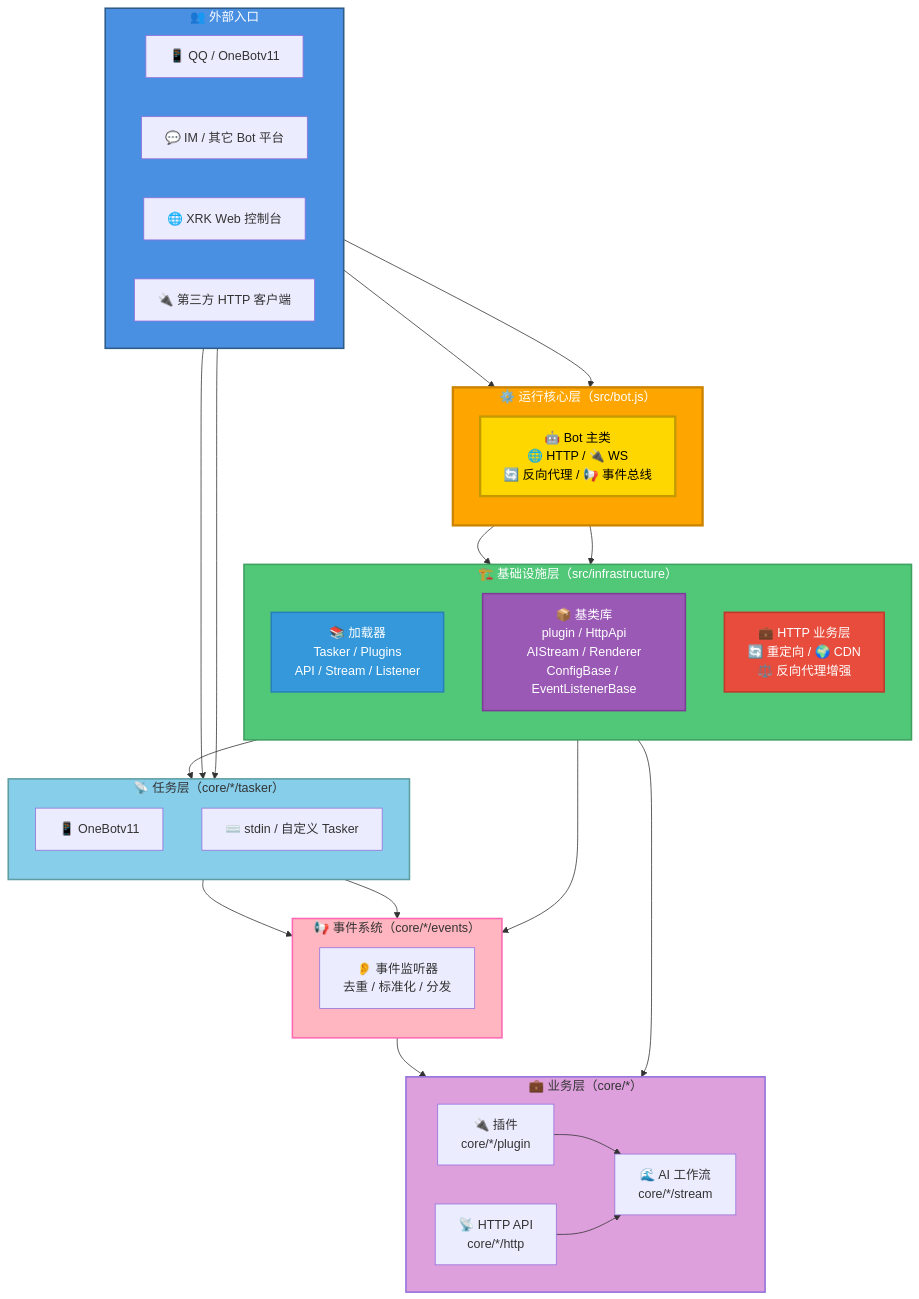
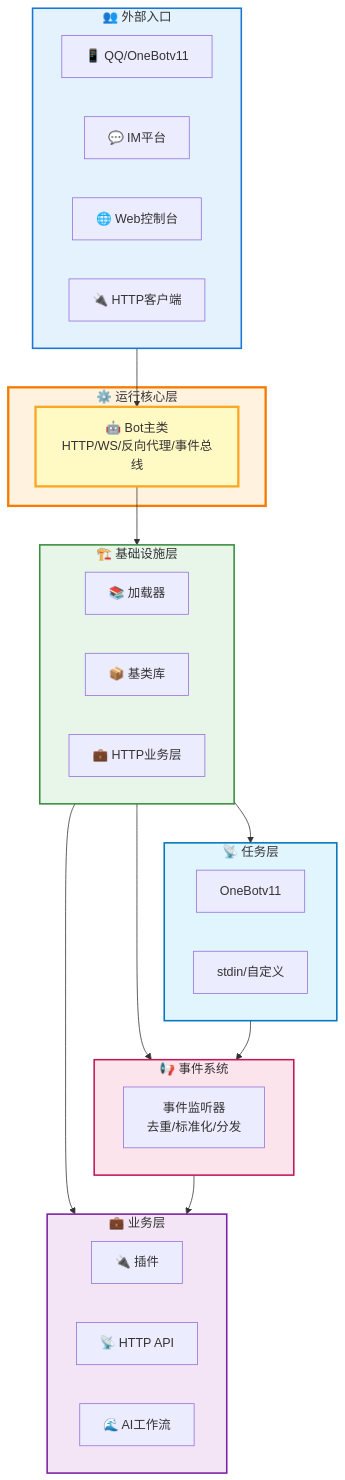
Before and after one commit to sunflowermm/XRK-AGT: the diagram in README.md, drawn with Mermaid. The commit also changed other lines of this file and 19 other files, not shown here.

````diff
--- a/README.md
+++ b/README.md
@@ -29,75 +27,50 @@
 ```mermaid
 flowchart TB
-  %% 顶层：外部入口
-  subgraph Clients["👥 外部入口"]
-    direction LR
-    QQ["📱 QQ / OneBotv11"]
-    IM["💬 IM / 其它 Bot 平台"]
-    WebUI["🌐 XRK Web 控制台"]
-    ThirdAPI["🔌 第三方 HTTP 客户端"]
-  end
+    subgraph Clients["👥 外部入口"]
+        QQ["📱 QQ/OneBotv11"]
+        IM["💬 IM平台"]
+        WebUI["🌐 Web控制台"]
+        API["🔌 HTTP客户端"]
+    end
 
-  %% 运行核心
-  subgraph Runtime["⚙️ 运行核心层（src/bot.js）"]
-    direction TB
-    Bot["🤖 Bot 主类<br/>🌐 HTTP / 🔌 WS<br/>🔄 反向代理 / 📢 事件总线"]
-  end
+    subgraph Runtime["⚙️ 运行核心层"]
+        Bot["🤖 Bot主类<br/>HTTP/WS/反向代理/事件总线"]
+    end
 
-  %% 基础设施
-  subgraph Infra["🏗️ 基础设施层（src/infrastructure）"]
-    direction TB
-    Loaders["📚 加载器<br/>Tasker / Plugins<br/>API / Stream / Listener"]
-    Bases["📦 基类库<br/>plugin / HttpApi<br/>AIStream / Renderer<br/>ConfigBase / EventListenerBase"]
-    HttpBiz["💼 HTTP 业务层<br/>🔄 重定向 / 🌍 CDN<br/>⚖️ 反向代理增强"]
-  end
+    subgraph Infra["🏗️ 基础设施层"]
+        Loaders["📚 加载器"]
+        Bases["📦 基类库"]
+        HttpBiz["💼 HTTP业务层"]
+    end
 
-  %% Tasker + 事件
-  subgraph Tasker["📡 任务层（core/*/tasker）"]
-    direction TB
-    TOneBot["📱 OneBotv11"]
-    TStdin["⌨️ stdin / 自定义 Tasker"]
-  end
+    subgraph Tasker["📡 任务层"]
+        TOneBot["OneBotv11"]
+        TStdin["stdin/自定义"]
+    end
 
-  subgraph Events["📢 事件系统（core/*/events）"]
-    direction TB
-    EStd["👂 事件监听器<br/>去重 / 标准化 / 分发"]
-  end
+    subgraph Events["📢 事件系统"]
+        Listeners["事件监听器<br/>去重/标准化/分发"]
+    end
 
-  %% 业务
-  subgraph Business["💼 业务层（core/*）"]
-    direction LR
-    BPlugins["🔌 插件<br/>core/*/plugin"]
-    BHttp["📡 HTTP API<br/>core/*/http"]
-    BStream["🌊 AI 工作流<br/>core/*/stream"]
-  end
+    subgraph Business["💼 业务层"]
+        Plugins["🔌 插件"]
+        HttpAPI["📡 HTTP API"]
+        Streams["🌊 AI工作流"]
+    end
 
-  %% 连接关系
-  QQ --> TOneBot
-  IM --> TOneBot
-  WebUI --> Bot
-  ThirdAPI --> Bot
+    Clients --> Bot
+    Bot --> Infra
+    Infra --> Tasker
+    Infra --> Events
+    Infra --> Business
+    Tasker --> Events
+    Events --> Business
 
-  Bot --> Loaders
-  Bot --> HttpBiz
-  Loaders --> Tasker
-  Loaders --> Events
-  Loaders --> Business
-
-  TOneBot --> EStd
-  TStdin --> EStd
-  EStd --> BPlugins
-  BPlugins --> BStream
-  BHttp --> BStream
-
-  %% 着色
-  style Clients fill:#4A90E2,stroke:#2E5C8A,stroke-width:2px,color:#fff
-  style Runtime fill:#FFA500,stroke:#CC8400,stroke-width:3px,color:#fff
-  style Infra fill:#50C878,stroke:#3FA060,stroke-width:2px,color:#fff
-  style Tasker fill:#87CEEB,stroke:#5F9EA0,stroke-width:2px
-  style Events fill:#FFB6C1,stroke:#FF69B4,stroke-width:2px
-  style Business fill:#DDA0DD,stroke:#9370DB,stroke-width:2px
-  style Bot fill:#FFD700,stroke:#C49A00,stroke-width:3px,color:#000
-  style Loaders fill:#3498DB,stroke:#2980B9,stroke-width:2px,color:#fff
-  style Bases fill:#9B59B6,stroke:#7D3C98,stroke-width:2px,color:#fff
-  style HttpBiz fill:#E74C3C,stroke:#C0392B,stroke-width:2px,color:#fff
+    style Clients fill:#E3F2FD,stroke:#1976D2,stroke-width:2px
+    style Runtime fill:#FFF3E0,stroke:#F57C00,stroke-width:3px
+    style Infra fill:#E8F5E9,stroke:#388E3C,stroke-width:2px
+    style Tasker fill:#E1F5FE,stroke:#0277BD,stroke-width:2px
+    style Events fill:#FCE4EC,stroke:#C2185B,stroke-width:2px
+    style Business fill:#F3E5F5,stroke:#7B1FA2,stroke-width:2px
+    style Bot fill:#FFF9C4,stroke:#F9A825,stroke-width:3px
 ```
````
